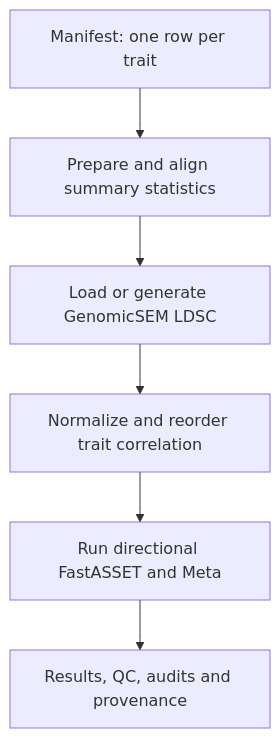
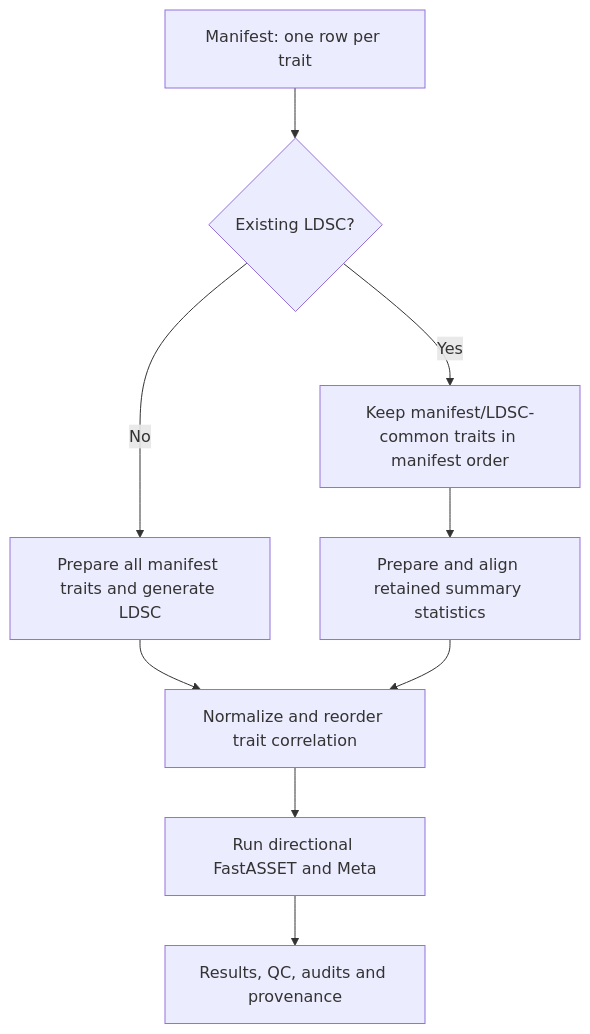
The diagram in README.md (JIBINJOHNV/fastASSETcli), drawn with Mermaid before and after one commit. The commit also changed other lines of this file and 14 other files, not shown here.

````diff
--- a/README.md
+++ b/README.md
@@ -26,8 +27,11 @@
 ```mermaid
 flowchart TD
-    A["Manifest: one row per trait"] --> B["Prepare and align summary statistics"]
-    B --> C["Load or generate GenomicSEM LDSC"]
-    C --> D["Normalize and reorder trait correlation"]
-    D --> E["Run directional FastASSET and Meta"]
-    E --> F["Results, QC, audits and provenance"]
+    A["Manifest: one row per trait"] --> B{"Existing LDSC?"}
+    B -->|"Yes"| C["Keep manifest/LDSC-common traits in manifest order"]
+    B -->|"No"| D["Prepare all manifest traits and generate LDSC"]
+    C --> E["Prepare and align retained summary statistics"]
+    D --> F["Normalize and reorder trait correlation"]
+    E --> F
+    F --> G["Run directional FastASSET and Meta"]
+    G --> H["Results, QC, audits and provenance"]
 ```
````
